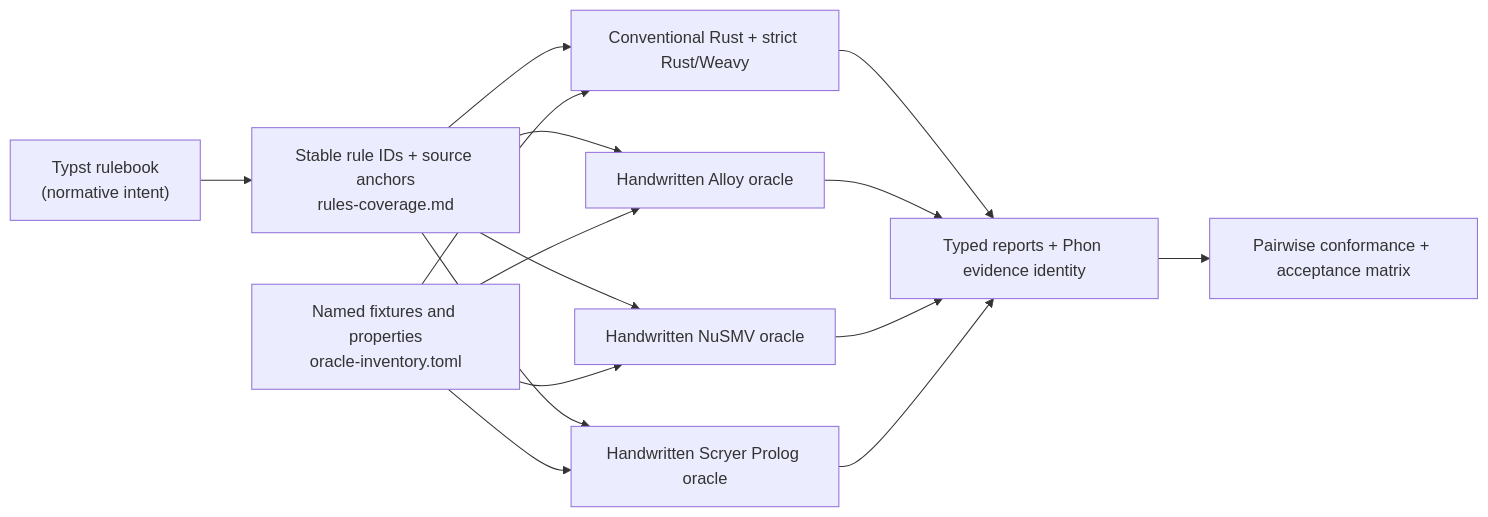
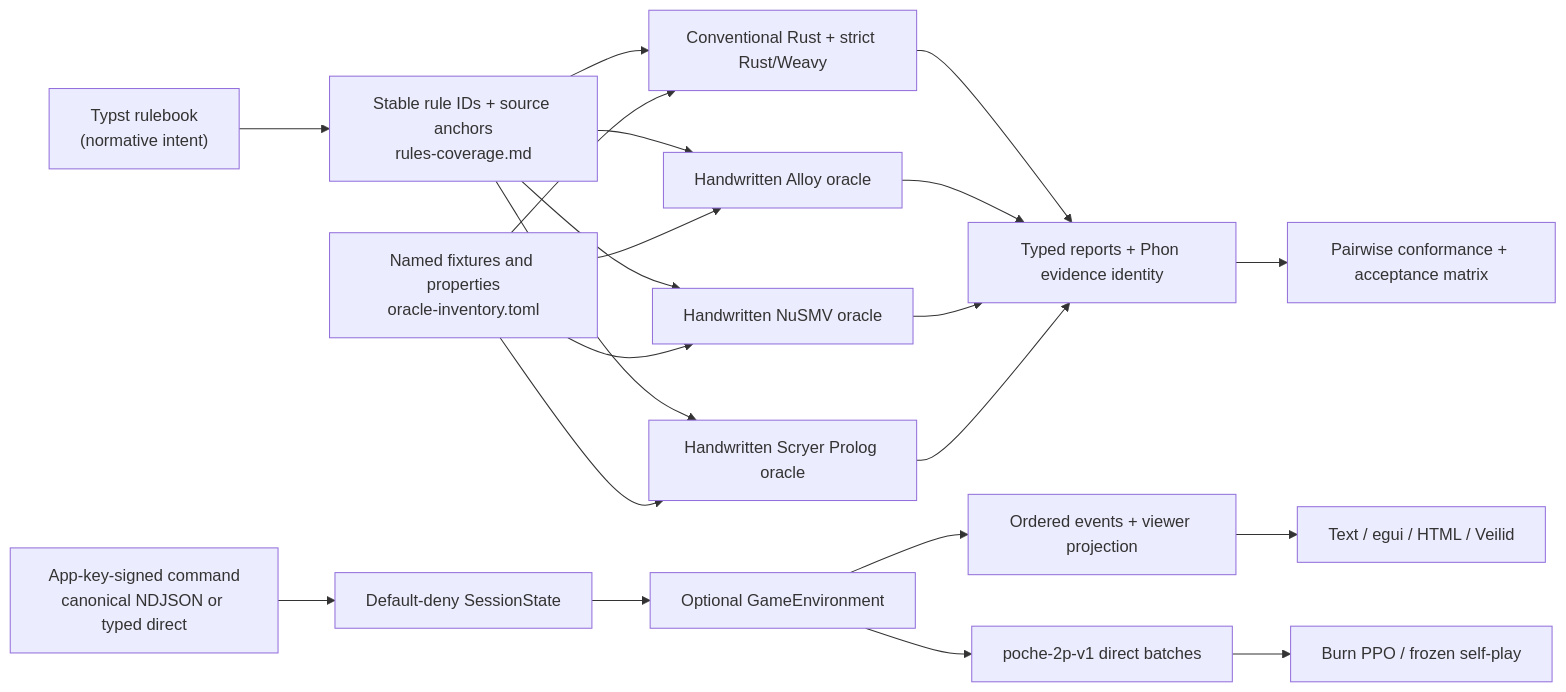
One commit to TeamDman/Poche changed the diagram in CONTRIBUTING.md. Above: the diagram before and after it, drawn with Mermaid. The commit also changed other lines of this file and 15 other files, not shown here.

````diff
--- a/CONTRIBUTING.md
+++ b/CONTRIBUTING.md
@@ -12,17 +12,23 @@
 ```mermaid
 flowchart LR
   rules["Typst rulebook\n(normative intent)"] --> ledger["Stable rule IDs + source anchors\nrules-coverage.md"]
   ledger --> rust["Conventional Rust + strict Rust/Weavy"]
   ledger --> alloy["Handwritten Alloy oracle"]
   ledger --> nusmv["Handwritten NuSMV oracle"]
   ledger --> prolog["Handwritten Scryer Prolog oracle"]
   inventory["Named fixtures and properties\noracle-inventory.toml"] --> rust
   inventory --> alloy
   inventory --> nusmv
   inventory --> prolog
   rust --> evidence["Typed reports + Phon evidence identity"]
   alloy --> evidence
   nusmv --> evidence
   prolog --> evidence
   evidence --> acceptance["Pairwise conformance + acceptance matrix"]
+  signed["App-key-signed command\ncanonical NDJSON or typed direct"] --> session["Default-deny SessionState"]
+  session --> game["Optional GameEnvironment"]
+  game --> projection["Ordered events + viewer projection"]
+  projection --> client["Text / egui / HTML / Veilid"]
+  game --> rollout["poche-2p-v1 direct batches"]
+  rollout --> burn["Burn PPO / frozen self-play"]
 ```
````
